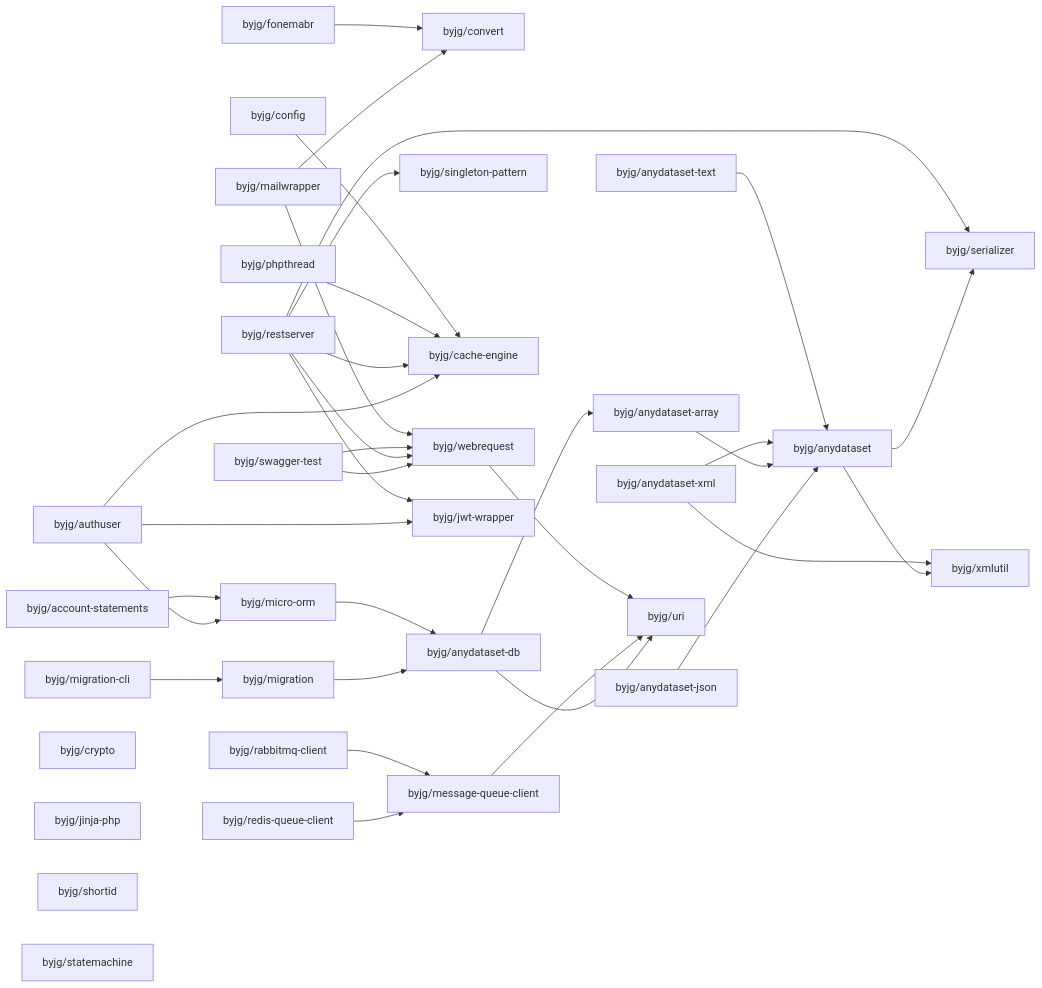
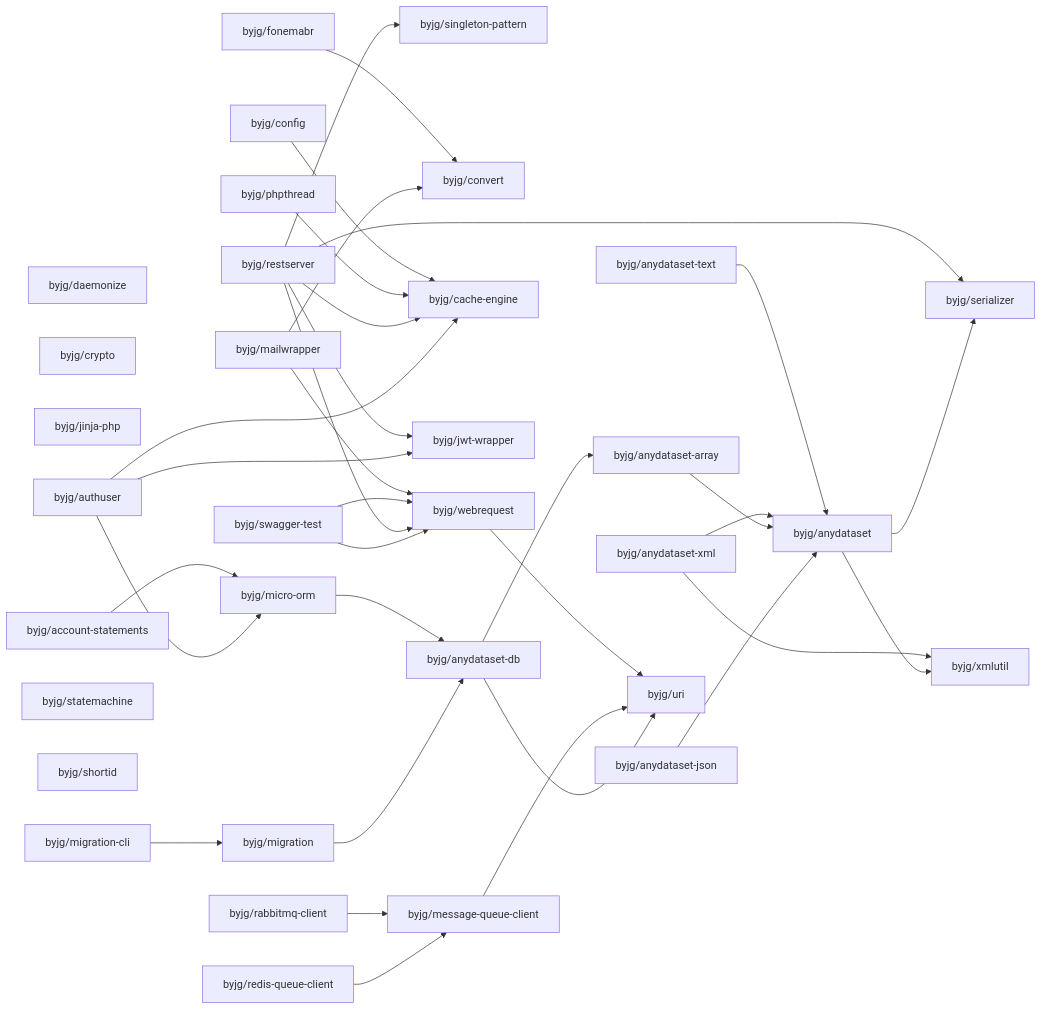
The diagram in php/README.md (byjg/byjg.github.io), drawn with Mermaid before and after one commit. The commit also changed 1 other file, not shown here.

Commit message:
Update documentation 'php' 'php-daemonize'

````diff
--- a/php/README.md
+++ b/php/README.md
@@ -3,67 +3,68 @@
 ```mermaid
 graph LR;
+  byjg/fonemabr;
+  byjg/swagger-test;
+  byjg/daemonize;
+  byjg/crypto;
+  byjg/anydataset-json;
+  byjg/jinja-php;
+  byjg/migration-cli;
+  byjg/rabbitmq-client;
+  byjg/phpthread;
+  byjg/restserver;
+  byjg/mailwrapper;
+  byjg/anydataset-text;
+  byjg/config;
   byjg/authuser;
-  byjg/migration-cli;
-  byjg/mailwrapper;
   byjg/redis-queue-client;
-  byjg/fonemabr;
+  byjg/anydataset-xml;
+  byjg/statemachine;
+  byjg/shortid;
   byjg/account-statements;
-  byjg/swagger-test;
-  byjg/crypto;
-  byjg/jinja-php;
-  byjg/rabbitmq-client;
-  byjg/config;
-  byjg/shortid;
-  byjg/phpthread;
-  byjg/statemachine;
-  byjg/anydataset-xml;
-  byjg/anydataset-json;
-  byjg/anydataset-text;
-  byjg/restserver;
   byjg/migration;
+  byjg/singleton-pattern;
   byjg/convert;
+  byjg/webrequest;
+  byjg/cache-engine;
+  byjg/jwt-wrapper;
+  byjg/message-queue-client;
   byjg/micro-orm;
-  byjg/message-queue-client;
-  byjg/singleton-pattern;
-  byjg/cache-engine;
-  byjg/webrequest;
-  byjg/jwt-wrapper;
   byjg/anydataset-db;
   byjg/anydataset-array;
   byjg/uri;
   byjg/anydataset;
   byjg/serializer;
   byjg/xmlutil;
   byjg/fonemabr --> byjg/convert;
   byjg/config --> byjg/cache-engine;
   byjg/anydataset-text --> byjg/anydataset;
   byjg/webrequest --> byjg/uri;
   byjg/account-statements --> byjg/micro-orm;
   byjg/rabbitmq-client --> byjg/message-queue-client;
   byjg/micro-orm --> byjg/anydataset-db;
   byjg/phpthread --> byjg/cache-engine;
   byjg/anydataset-xml --> byjg/anydataset;
   byjg/anydataset-xml --> byjg/xmlutil;
   byjg/anydataset-array --> byjg/anydataset;
   byjg/mailwrapper --> byjg/convert;
   byjg/mailwrapper --> byjg/webrequest;
   byjg/message-queue-client --> byjg/uri;
   byjg/anydataset-db --> byjg/anydataset-array;
   byjg/anydataset-db --> byjg/uri;
   byjg/anydataset-json --> byjg/anydataset;
   byjg/migration --> byjg/anydataset-db;
   byjg/swagger-test --> byjg/webrequest;
   byjg/redis-queue-client --> byjg/message-queue-client;
   byjg/restserver --> byjg/serializer;
   byjg/restserver --> byjg/singleton-pattern;
   byjg/restserver --> byjg/cache-engine;
   byjg/restserver --> byjg/webrequest;
   byjg/restserver --> byjg/jwt-wrapper;
   byjg/authuser --> byjg/micro-orm;
   byjg/authuser --> byjg/cache-engine;
   byjg/authuser --> byjg/jwt-wrapper;
   byjg/swagger-test --> byjg/webrequest;
   byjg/migration-cli --> byjg/migration;
   byjg/anydataset --> byjg/serializer;
   byjg/anydataset --> byjg/xmlutil;
 ```
````
